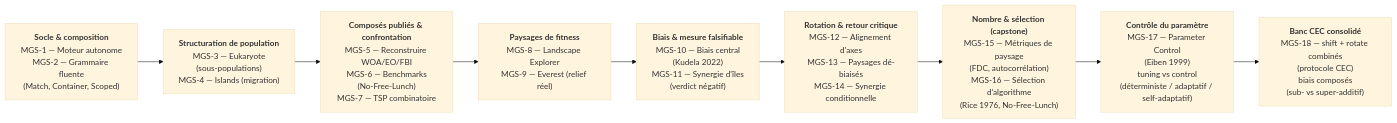
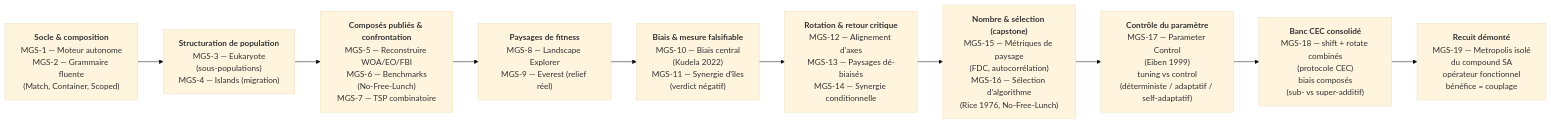
One commit to jsboige/CoursIA changed the diagram in MyIA.AI.Notebooks/Search/Part4-Metaheuristics/README.md. Above: the diagram before and after it, drawn with Mermaid (base theme). The commit also changed other lines of this file and 1 other file, not shown here.

````diff
--- a/MyIA.AI.Notebooks/Search/Part4-Metaheuristics/README.md
+++ b/MyIA.AI.Notebooks/Search/Part4-Metaheuristics/README.md
@@ -67,13 +68,14 @@
 ```mermaid
 flowchart LR
     W1["<b>Socle &amp; composition</b><br/>MGS-1 — Moteur autonome<br/>MGS-2 — Grammaire fluente<br/>(Match, Container, Scoped)"]
     W2["<b>Structuration de population</b><br/>MGS-3 — Eukaryote<br/>(sous-populations)<br/>MGS-4 — Islands (migration)"]
     W3["<b>Composés publiés &amp; confrontation</b><br/>MGS-5 — Reconstruire WOA/EO/FBI<br/>MGS-6 — Benchmarks<br/>(No-Free-Lunch)<br/>MGS-7 — TSP combinatoire"]
     W4["<b>Paysages de fitness</b><br/>MGS-8 — Landscape Explorer<br/>MGS-9 — Everest (relief réel)"]
     W5["<b>Biais &amp; mesure falsifiable</b><br/>MGS-10 — Biais central<br/>(Kudela 2022)<br/>MGS-11 — Synergie d'îles<br/>(verdict négatif)"]
     W6["<b>Rotation &amp; retour critique</b><br/>MGS-12 — Alignement d'axes<br/>MGS-13 — Paysages dé-biaisés<br/>MGS-14 — Synergie conditionnelle"]
     W7["<b>Nombre &amp; sélection (capstone)</b><br/>MGS-15 — Métriques de paysage<br/>(FDC, autocorrélation)<br/>MGS-16 — Sélection d'algorithme<br/>(Rice 1976, No-Free-Lunch)"]
     W8["<b>Contrôle du paramètre</b><br/>MGS-17 — Parameter Control<br/>(Eiben 1999)<br/>tuning vs control<br/>(déterministe / adaptatif / self-adaptatif)"]
     W9["<b>Banc CEC consolidé</b><br/>MGS-18 — shift + rotate combinés<br/>(protocole CEC)<br/>biais composés<br/>(sub- vs super-additif)"]
-    W1 --> W2 --> W3 --> W4 --> W5 --> W6 --> W7 --> W8 --> W9
+    W10["<b>Recuit démonté</b><br/>MGS-19 — Metropolis isolé<br/>du compound SA<br/>opérateur fonctionnel<br/>bénéfice = couplage"]
+    W1 --> W2 --> W3 --> W4 --> W5 --> W6 --> W7 --> W8 --> W9 --> W10
 ```
````
